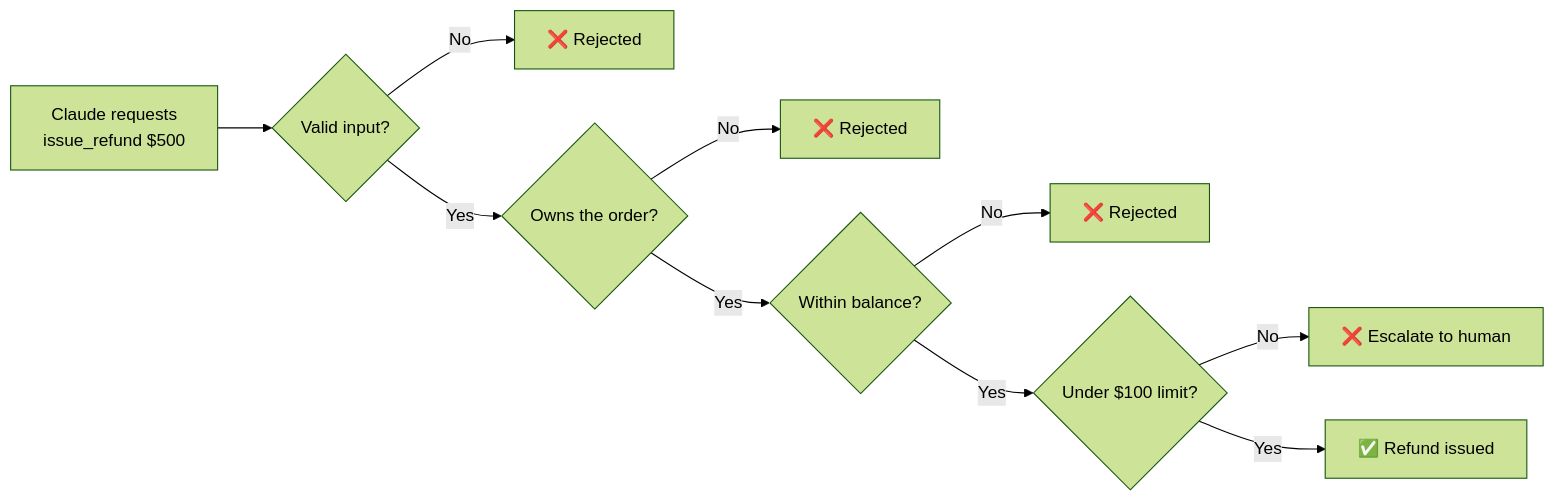
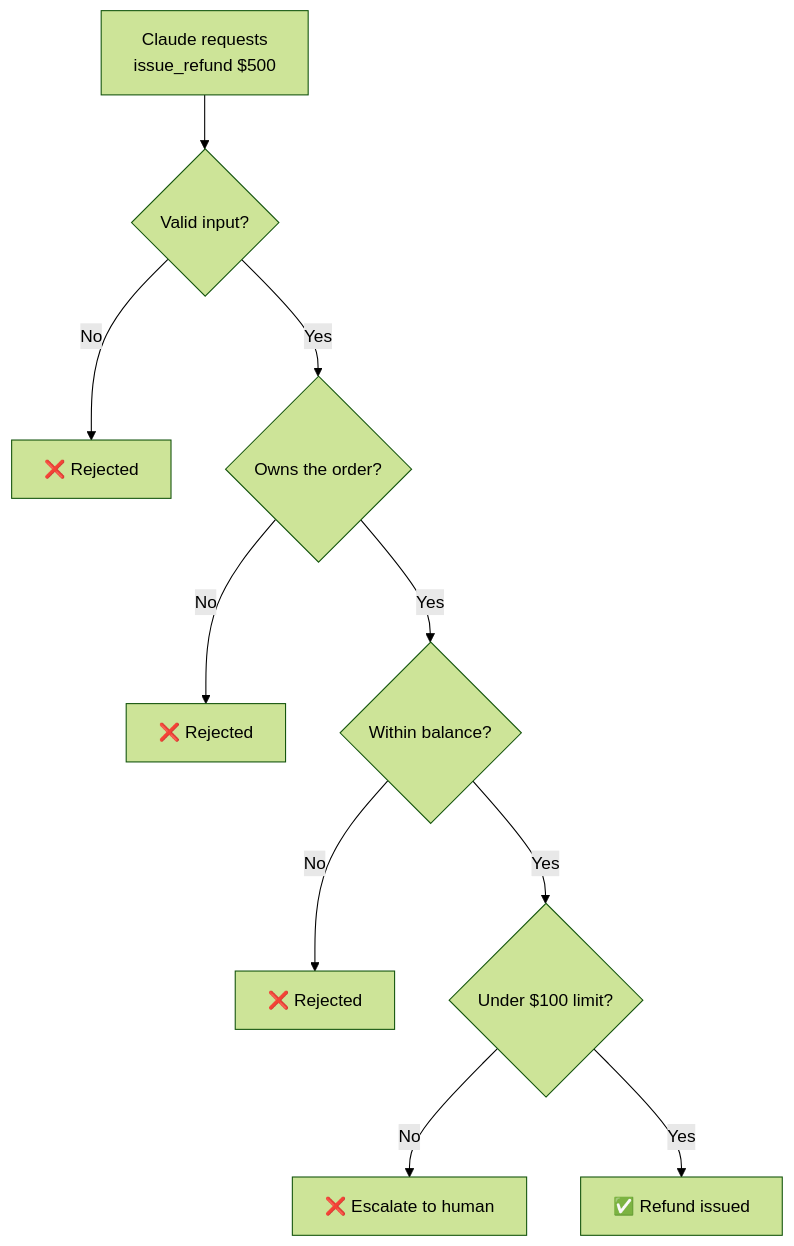
Before and after one commit to pritmon/concierge-ai-agent: the fifth of 8 diagrams in docs/ARCHITECTURE.md, drawn with Mermaid (forest theme). The commit also changed other lines of this file, not shown here.

Commit message:
Use top-down layouts for wide diagrams

````diff
--- a/docs/ARCHITECTURE.md
+++ b/docs/ARCHITECTURE.md
@@ -199,12 +190,12 @@
 ```mermaid
-flowchart LR
+flowchart TD
     REQ["Claude requests<br/>issue_refund $500"] --> Z{"Valid input?"}
     Z -- "No" --> X1["❌ Rejected"]
     Z -- "Yes" --> O{"Owns the order?"}
     O -- "No" --> X2["❌ Rejected"]
     O -- "Yes" --> B{"Within balance?"}
     B -- "No" --> X3["❌ Rejected"]
     B -- "Yes" --> L{"Under $100 limit?"}
     L -- "No" --> X4["❌ Escalate to human"]
     L -- "Yes" --> OK["✅ Refund issued"]
 ```
````
